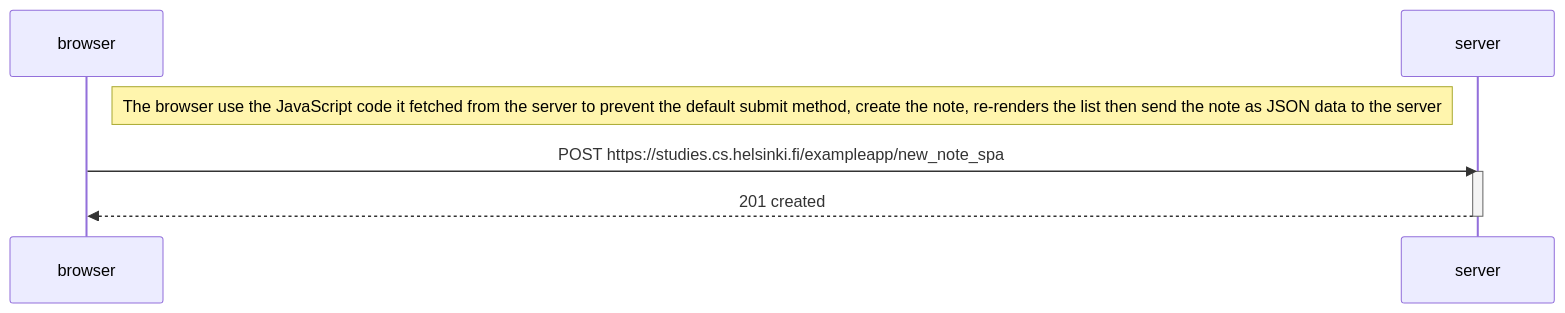
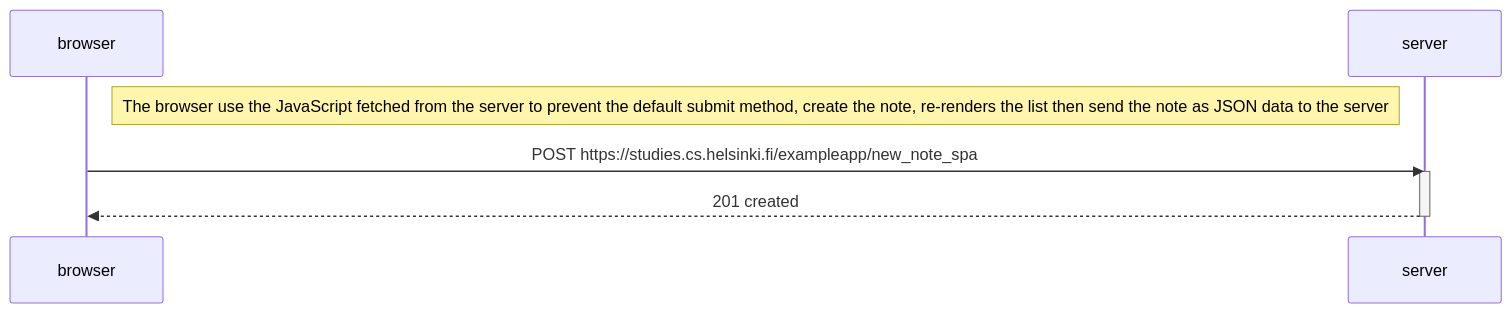
Before and after one commit to DesignThinkerer/fullstackopen: the diagram in part0/0.6: New note in Single page app diagram.md, drawn with Mermaid.

Commit message:
Update 0.6: New note in Single page app diagram.md

````diff
--- a/part0/0.6: New note in Single page app diagram.md
+++ b/part0/0.6: New note in Single page app diagram.md
@@ -1,12 +1,12 @@
 ```mermaid
 sequenceDiagram
     participant browser
     participant server
 
-    Note right of browser: The browser use the JavaScript code it fetched from the server to prevent the default submit method, create the note, re-renders the list then send the note as JSON data to the server
+    Note right of browser: The browser use the JavaScript fetched from the server to prevent the default submit method, create the note, re-renders the list then send the note as JSON data to the server
 
     browser->>server: POST https://studies.cs.helsinki.fi/exampleapp/new_note_spa
     activate server
     server-->>browser: 201 created
     deactivate server
 ```
````
